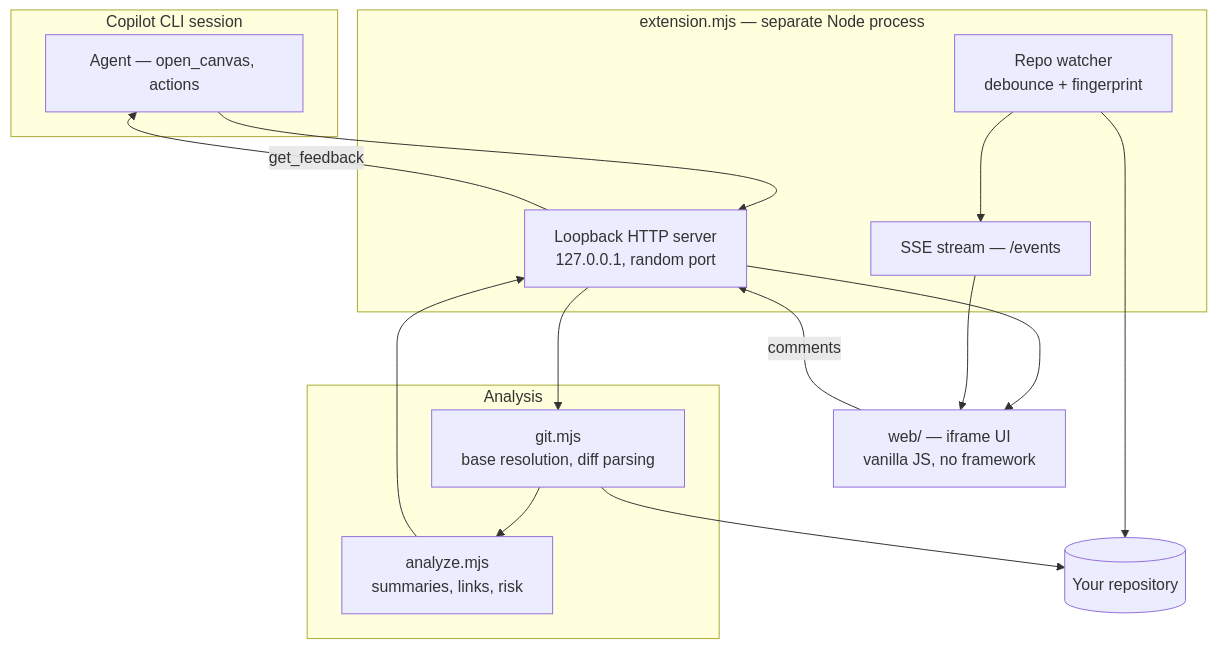
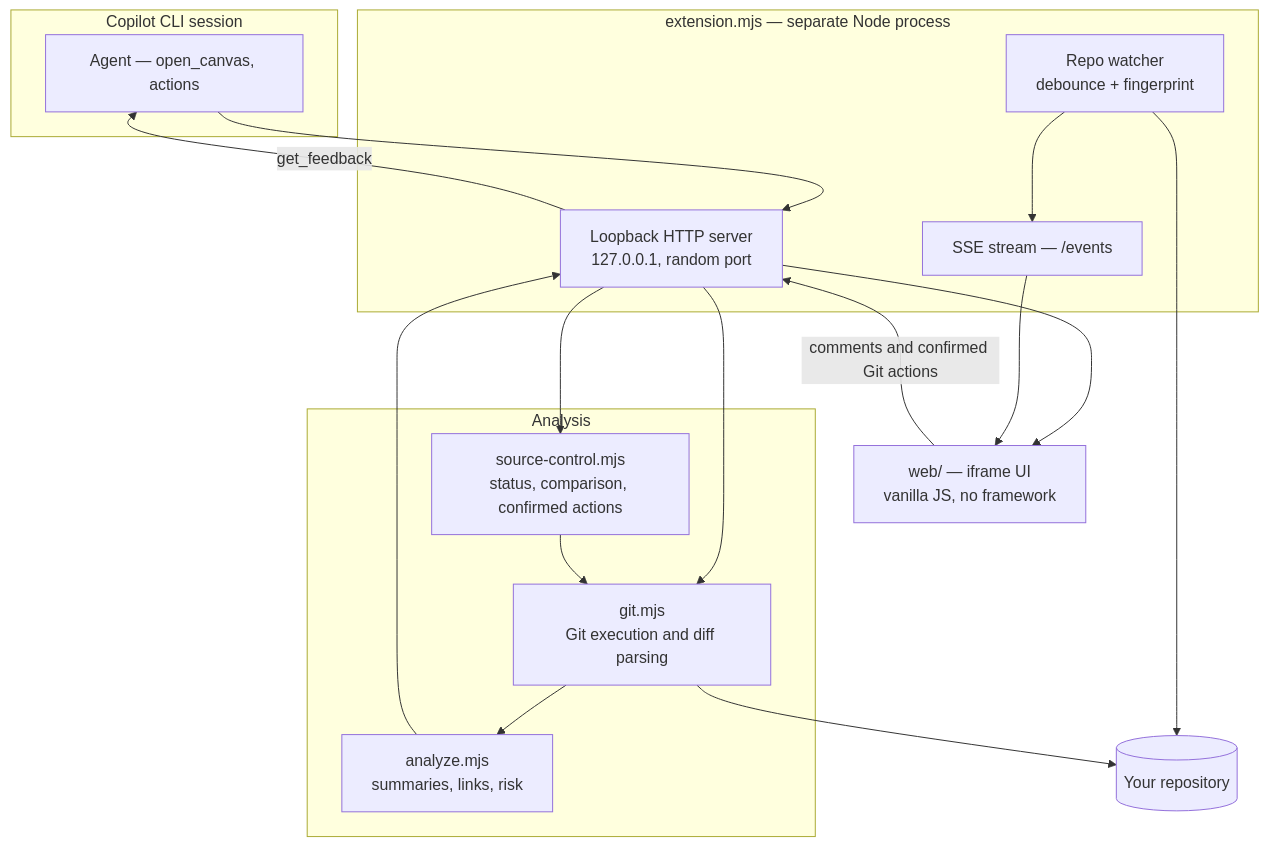
Before and after one commit to nimrod-rozenman/GitSummit-Canvas: the second of 2 diagrams in README.md, drawn with Mermaid. The commit also changed other lines of this file and 16 other files, not shown here.

First line of the commit message:
feat(gitsummit): Add Source Control and aligned tabs

````diff
--- a/README.md
+++ b/README.md
@@ -265,30 +326,32 @@
 ```mermaid
 flowchart TB
     subgraph host["Copilot CLI session"]
         AGENT["Agent — open_canvas, actions"]
     end
 
     subgraph ext["extension.mjs — separate Node process"]
         SRV["Loopback HTTP server<br/>127.0.0.1, random port"]
         SSE["SSE stream — /events"]
         WATCH["Repo watcher<br/>debounce + fingerprint"]
     end
 
     subgraph core["Analysis"]
-        GIT["git.mjs<br/>base resolution, diff parsing"]
+        GIT["git.mjs<br/>Git execution and diff parsing"]
+        SC["source-control.mjs<br/>status, comparison, confirmed actions"]
         AN["analyze.mjs<br/>summaries, links, risk"]
     end
 
     UI["web/ — iframe UI<br/>vanilla JS, no framework"]
     REPO[("Your repository")]
 
     AGENT --> SRV
     SRV --> GIT --> REPO
+    SRV --> SC --> GIT
     GIT --> AN --> SRV
     SRV --> UI
     SSE --> UI
     WATCH --> REPO
     WATCH --> SSE
-    UI -->|comments| SRV
+    UI -->|comments and confirmed Git actions| SRV
     SRV -->|get_feedback| AGENT
 ```
````
